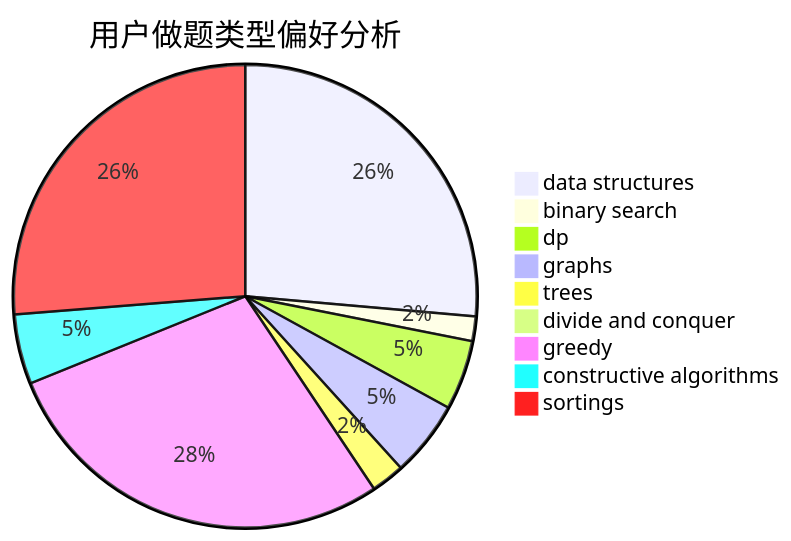
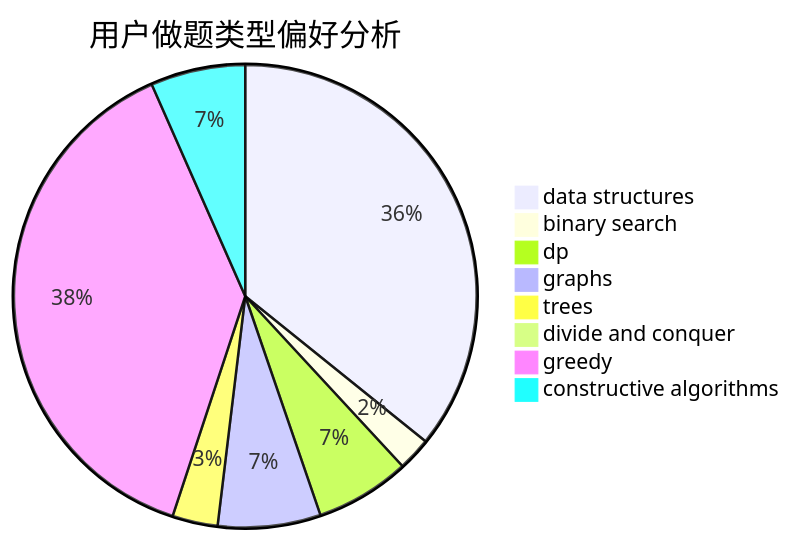
The second of 3 diagrams in docs/user/u2056.md (sherpahu/cfrs.github.io), drawn with Mermaid before and after one commit. The commit also changed other lines of this file and 2769 other files, not shown here.

````diff
--- a/docs/user/u2056.md
+++ b/docs/user/u2056.md
@@ -18,12 +18,11 @@
 ```mermaid
 pie title 用户做题类型偏好分析
     "data structures" :  384
     "binary search" :  25
     "dp" :  71
     "graphs" :  77
     "trees" :  34
     "divide and conquer" :  0
     "greedy" :  411
     "constructive algorithms" :  71
-    "sortings" :  382
 ```
````
